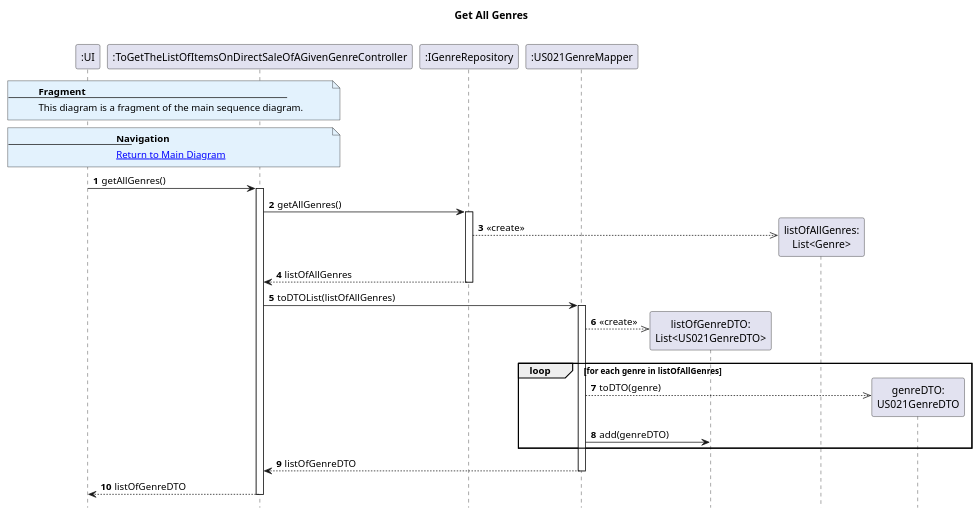
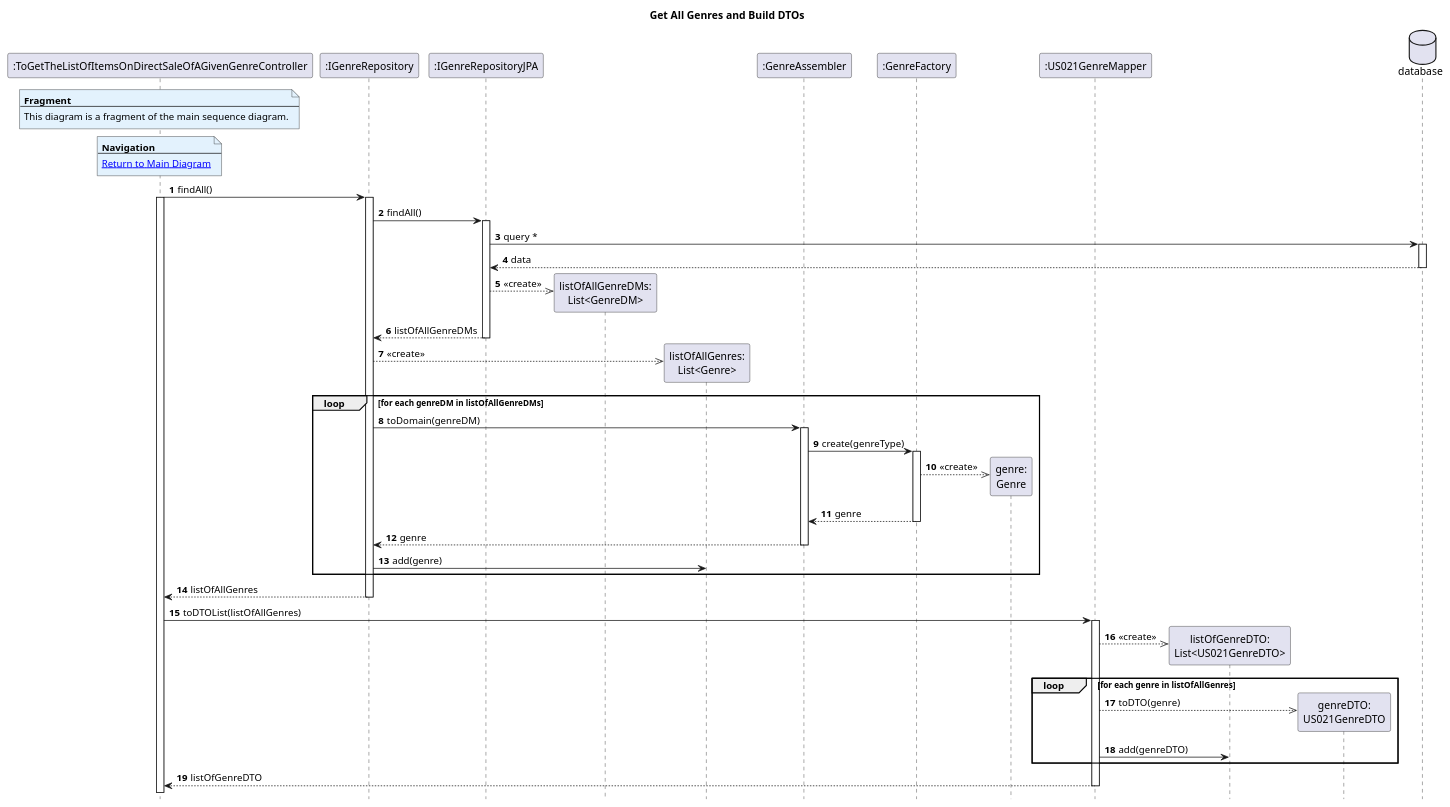
One commit to AndrePereiraGitH/SWitCH-Project-Team_A changed the diagram in Diagrams/SequenceDiagrams/N2/To-get-the-list-of-items-on-direct-sale-of-a-given-genre/2.GetAllGenres.puml. Above: the diagram before and after it, drawn with PlantUML. The commit also changed 7 other files, not shown here.

Commit message:
docs #784: feature To-get-the-list-of-items-on-ds-of-a-given-genre - updated CD and SD to reflect persistence layer @RodrigoSPTD

```diff
--- a/Diagrams/SequenceDiagrams/N2/To-get-the-list-of-items-on-direct-sale-of-a-given-genre/2.GetAllGenres.puml
+++ b/Diagrams/SequenceDiagrams/N2/To-get-the-list-of-items-on-direct-sale-of-a-given-genre/2.GetAllGenres.puml
@@ -1,46 +1,75 @@
 @startuml
 hide footbox
 autonumber
-title Get All Genres
+title Get All Genres and Build DTOs
 
-participant ":UI" as UI
 participant ":ToGetTheListOfItemsOnDirectSaleOfAGivenGenreController" as Ctrl
+
+' Genre
 participant ":IGenreRepository" as IGenreRepo
+participant ":IGenreRepositoryJPA" as IGenreRepoJPA
+participant "listOfAllGenreDMs:\nList<GenreDM>" as listGenreDMs
+participant "listOfAllGenres:\nList<Genre>" as listOfAllGenres
+participant ":GenreAssembler" as GenreAss
+participant ":GenreFactory" as GenreFact
+participant "genre:\nGenre" as Genre
 participant ":US021GenreMapper" as GenreMapper
 participant "listOfGenreDTO:\nList<US021GenreDTO>" as LGDTO
+participant "genreDTO:\nUS021GenreDTO" as GenreDTO
 
-note over UI, Ctrl #E3F2FD
+database "database" as DB
+
+note over Ctrl #E3F2FD
 <b>Fragment</b>
 ---
 This diagram is a fragment of the main sequence diagram.
 end note
 
-note over UI, Ctrl #E3F2FD
+note over Ctrl #E3F2FD
 <b>Navigation</b>
 ---
 [[1.MainDiagram.puml Return to Main Diagram]]
 end note
 
-UI -> Ctrl : getAllGenres()
+' Section 1 - Get all genres
+Ctrl -> IGenreRepo : findAll()
 activate Ctrl
+activate IGenreRepo
+IGenreRepo -> IGenreRepoJPA: findAll()
+activate IGenreRepoJPA
+IGenreRepoJPA -> DB: query *
+activate DB
+DB --> IGenreRepoJPA: data
+deactivate DB
+IGenreRepoJPA -->> listGenreDMs **: «create»
+IGenreRepoJPA --> IGenreRepo: listOfAllGenreDMs
+deactivate IGenreRepoJPA
+IGenreRepo -->> listOfAllGenres ** : «create»
+loop for each genreDM in listOfAllGenreDMs
+    IGenreRepo -> GenreAss: toDomain(genreDM)
+    activate GenreAss
+    GenreAss -> GenreFact: create(genreType)
+    activate GenreFact
+    GenreFact -->> Genre **: «create»
+    GenreFact --> GenreAss: genre
+    deactivate GenreFact
+    GenreAss --> IGenreRepo: genre
+    deactivate GenreAss
+    IGenreRepo -> listOfAllGenres: add(genre)
+end
 
-Ctrl -> IGenreRepo : getAllGenres()
-activate IGenreRepo
-IGenreRepo -->> "listOfAllGenres:\nList<Genre>" ** : «create»
 IGenreRepo --> Ctrl : listOfAllGenres
 deactivate IGenreRepo
 
 Ctrl -> GenreMapper : toDTOList(listOfAllGenres)
 activate GenreMapper
 GenreMapper -->> LGDTO ** : «create»
 loop for each genre in listOfAllGenres
-    GenreMapper -->> "genreDTO:\nUS021GenreDTO" ** : toDTO(genre)
+    GenreMapper -->> GenreDTO ** : toDTO(genre)
     GenreMapper -> LGDTO : add(genreDTO)
 end
 GenreMapper --> Ctrl : listOfGenreDTO
 deactivate GenreMapper
 
-Ctrl --> UI : listOfGenreDTO
-deactivate Ctrl
 
 @enduml
```
